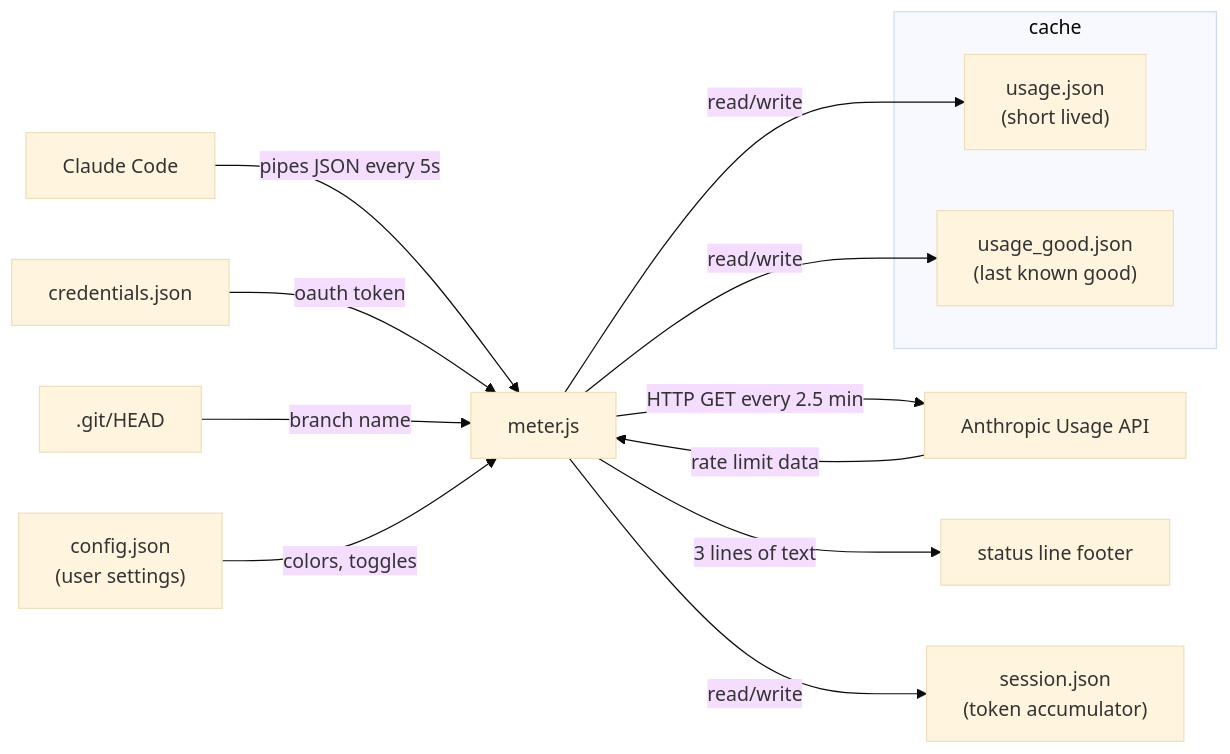
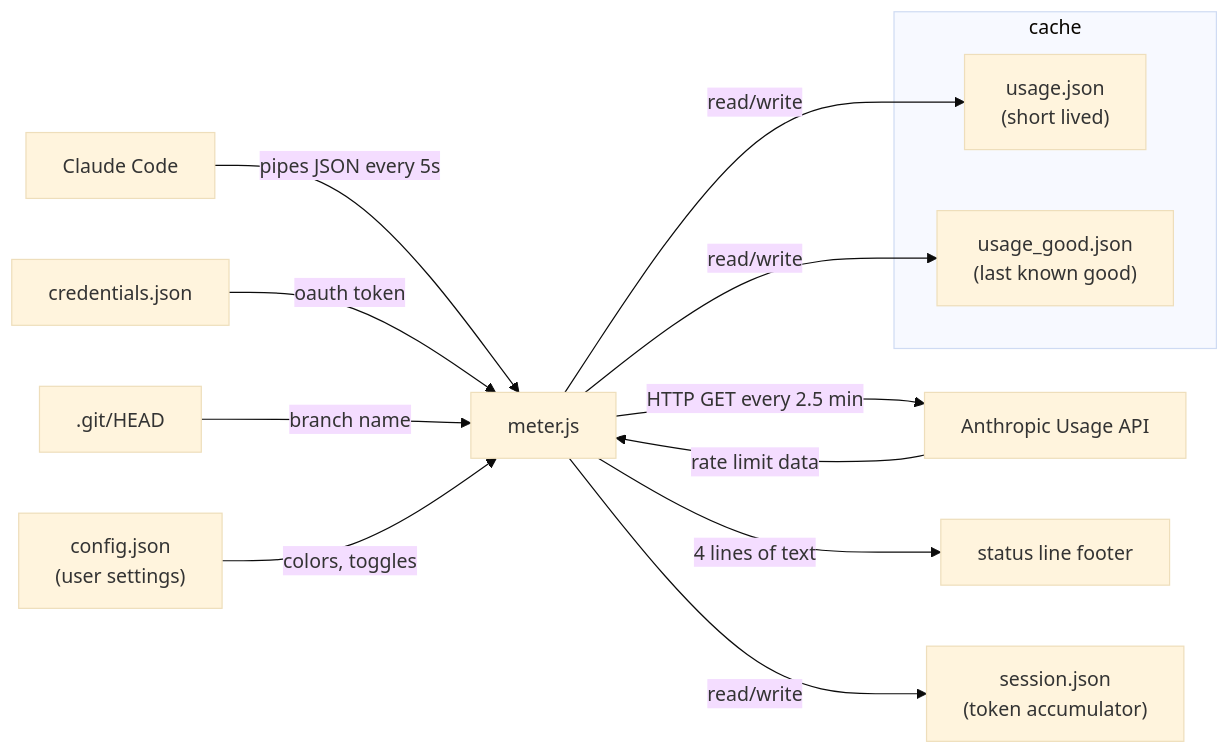
Before and after one commit to adikuma/chonker: the diagram in README.md, drawn with Mermaid (base theme). The commit also changed other lines of this file and 4 other files, not shown here.

````diff
--- a/README.md
+++ b/README.md
@@ -39,19 +40,19 @@
 ```mermaid
 flowchart LR
     CC[Claude Code] -->|pipes JSON every 5s| M[meter.js]
     CR[credentials.json] -->|oauth token| M
     GIT[.git/HEAD] -->|branch name| M
     M -->|HTTP GET every 2.5 min| API[Anthropic Usage API]
     API -->|rate limit data| M
-    M -->|3 lines of text| SL[status line footer]
+    M -->|4 lines of text| SL[status line footer]
 
     subgraph cache
         UC["usage.json<br/>(short lived)"]
         UG["usage_good.json<br/>(last known good)"]
     end
 
     M -->|read/write| UC
     M -->|read/write| UG
     M -->|read/write| SS["session.json<br/>(token accumulator)"]
     CF["config.json<br/>(user settings)"] -->|colors, toggles| M
 ```
````
